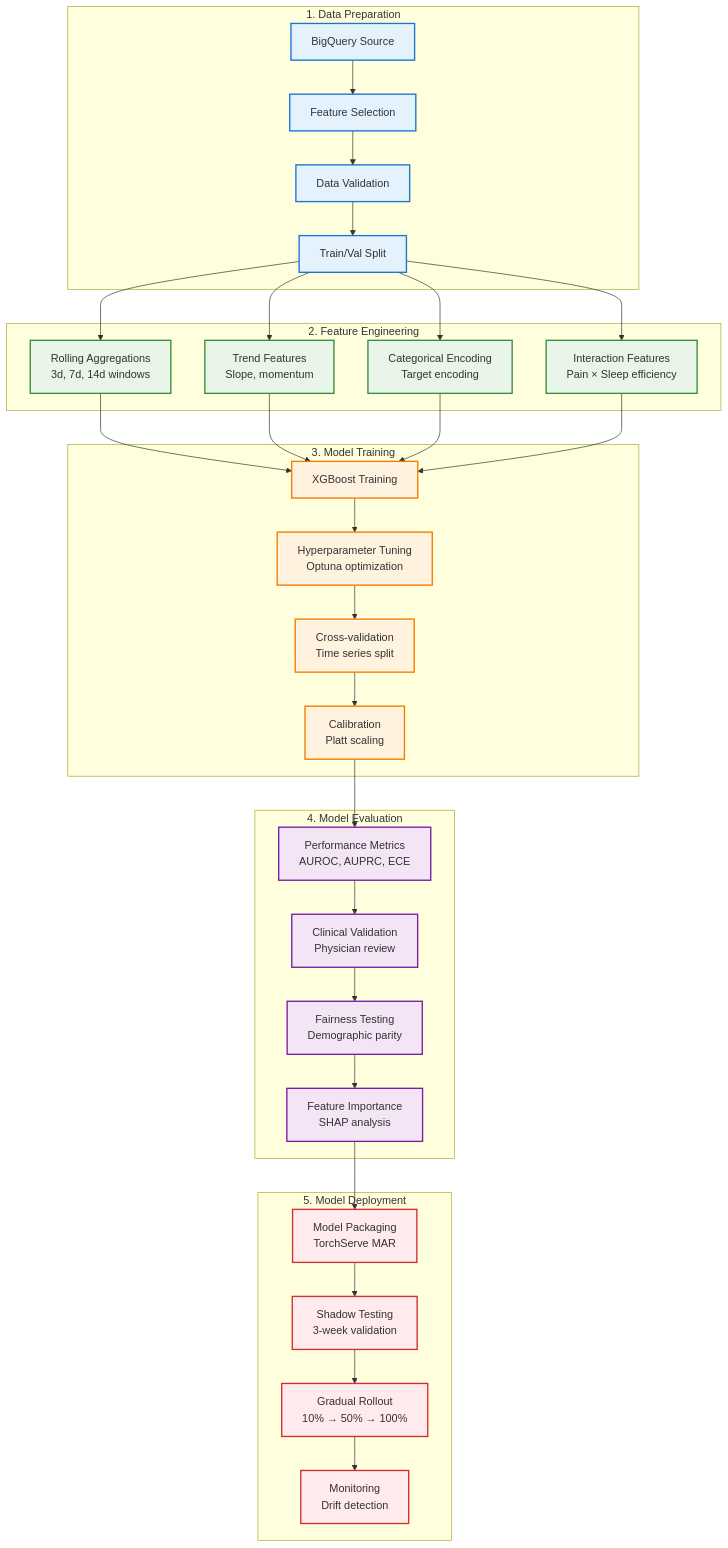
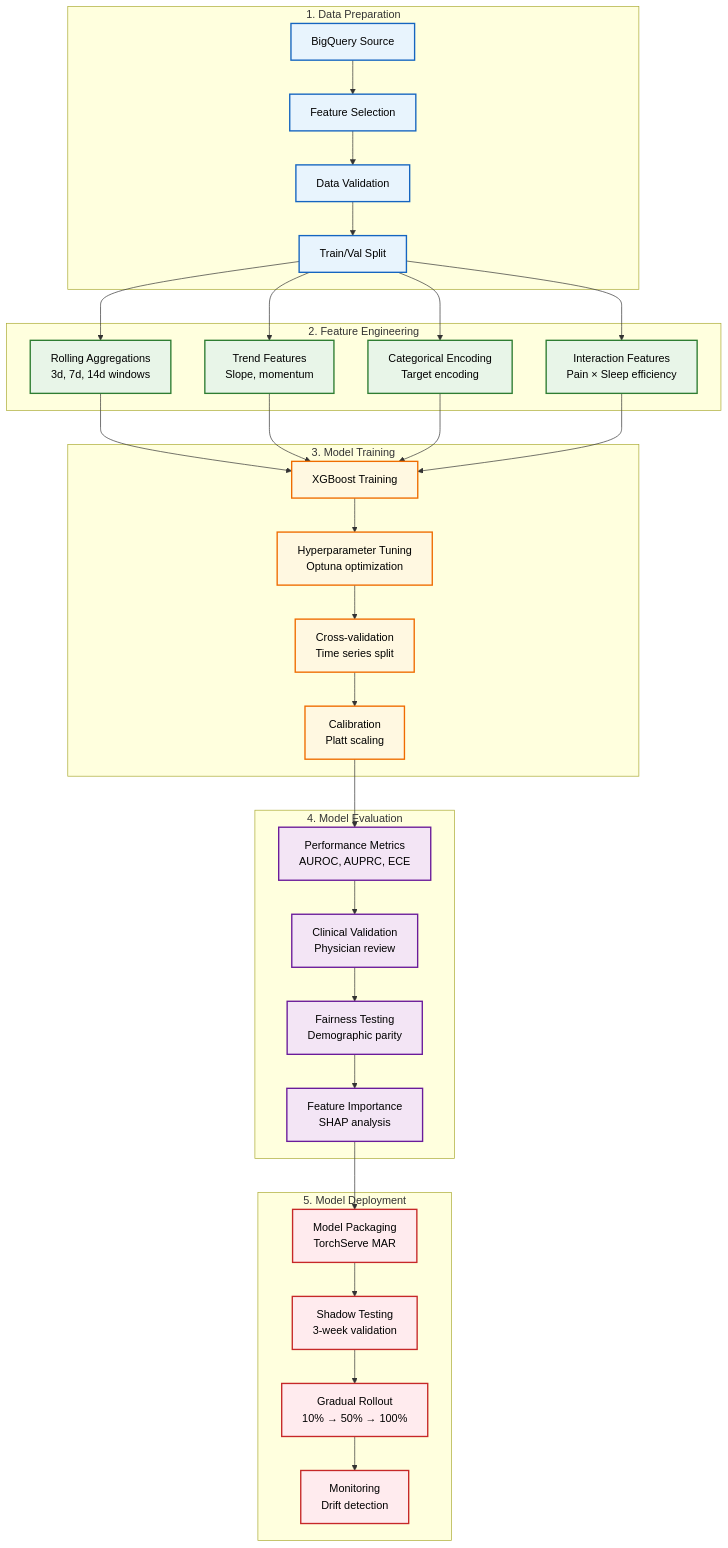
Before and after one commit to PriscillaOng12/Aegis: the fourth of 11 diagrams in docs/ARCHITECTURE.md, drawn with Mermaid. The commit also changed other lines of this file, not shown here.

````diff
--- a/docs/ARCHITECTURE.md
+++ b/docs/ARCHITECTURE.md
@@ -232,72 +232,72 @@
 ```mermaid
 flowchart TD
     subgraph "1. Data Preparation"
-        A1[BigQuery Source] --> A2[ Feature Selection]
-        A2 --> A3[ Data Validation]
-        A3 --> A4[ Train/Val Split]
+        A1[BigQuery Source] --> A2[Feature Selection]
+        A2 --> A3[Data Validation]
+        A3 --> A4[Train/Val Split]
     end
     
     subgraph "2. Feature Engineering"
-        B1[ Rolling Aggregations<br/>3d, 7d, 14d windows]
-        B2[ Trend Features<br/>Slope, momentum]
-        B3[ Categorical Encoding<br/>Target encoding]
-        B4[ Interaction Features<br/>Pain × Sleep efficiency]
+        B1[Rolling Aggregations<br/>3d, 7d, 14d windows]
+        B2[Trend Features<br/>Slope, momentum]
+        B3[Categorical Encoding<br/>Target encoding]
+        B4[Interaction Features<br/>Pain × Sleep efficiency]
     end
     
     subgraph "3. Model Training"
-        C1[ XGBoost Training]
-        C2[ Hyperparameter Tuning<br/>Optuna optimization]
-        C3[ Cross-validation<br/>Time series split]
-        C4[ Calibration<br/>Platt scaling]
+        C1[XGBoost Training]
+        C2[Hyperparameter Tuning<br/>Optuna optimization]
+        C3[Cross-validation<br/>Time series split]
+        C4[Calibration<br/>Platt scaling]
     end
     
     subgraph "4. Model Evaluation"
-        D1[ Performance Metrics<br/>AUROC, AUPRC, ECE]
-        D2[ Clinical Validation<br/>Physician review]
-        D3[ Fairness Testing<br/>Demographic parity]
+        D1[Performance Metrics<br/>AUROC, AUPRC, ECE]
+        D2[Clinical Validation<br/>Physician review]
+        D3[Fairness Testing<br/>Demographic parity]
         D4[Feature Importance<br/>SHAP analysis]
     end
     
     subgraph "5. Model Deployment"
-        E1[ Model Packaging<br/>TorchServe MAR]
-        E2[ Shadow Testing<br/>3-week validation]
-        E3[ Gradual Rollout<br/>10% → 50% → 100%]
-        E4[ Monitoring<br/>Drift detection]
+        E1[Model Packaging<br/>TorchServe MAR]
+        E2[Shadow Testing<br/>3-week validation]
+        E3[Gradual Rollout<br/>10% → 50% → 100%]
+        E4[Monitoring<br/>Drift detection]
     end
     
     A4 --> B1
     A4 --> B2
     A4 --> B3
     A4 --> B4
     
     B1 --> C1
     B2 --> C1
     B3 --> C1
     B4 --> C1
     
     C1 --> C2
     C2 --> C3
     C3 --> C4
     
     C4 --> D1
     D1 --> D2
     D2 --> D3
     D3 --> D4
     
     D4 --> E1
     E1 --> E2
     E2 --> E3
     E3 --> E4
     
-    classDef data fill:#E3F2FD,stroke:#1976D2,stroke-width:2px
-    classDef feature fill:#E8F5E8,stroke:#388E3C,stroke-width:2px
-    classDef training fill:#FFF3E0,stroke:#F57C00,stroke-width:2px
-    classDef evaluation fill:#F3E5F5,stroke:#7B1FA2,stroke-width:2px
-    classDef deployment fill:#FFEBEE,stroke:#D32F2F,stroke-width:2px
+    classDef data fill:#E8F4FD,stroke:#1565C0,stroke-width:2px,color:#000000
+    classDef feature fill:#E8F5E8,stroke:#2E7D32,stroke-width:2px,color:#000000
+    classDef training fill:#FFF8E1,stroke:#EF6C00,stroke-width:2px,color:#000000
+    classDef evaluation fill:#F3E5F5,stroke:#6A1B9A,stroke-width:2px,color:#000000
+    classDef deployment fill:#FFEBEE,stroke:#C62828,stroke-width:2px,color:#000000
     
     class A1,A2,A3,A4 data
     class B1,B2,B3,B4 feature
     class C1,C2,C3,C4 training
     class D1,D2,D3,D4 evaluation
     class E1,E2,E3,E4 deployment
 ```
````
